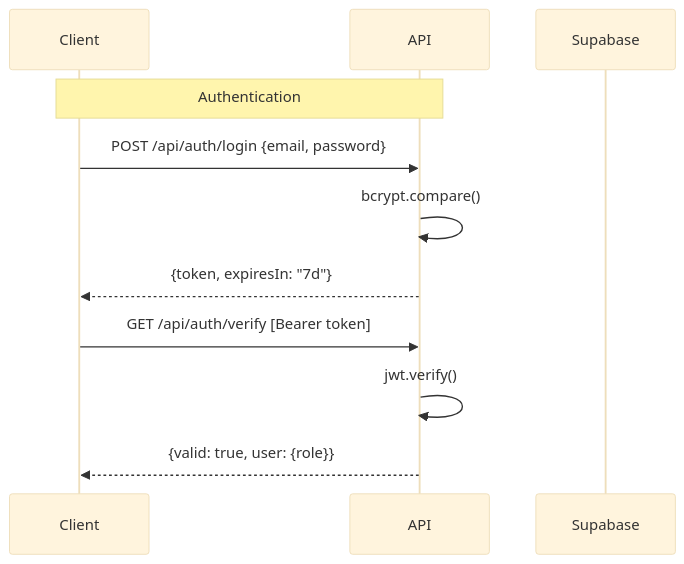
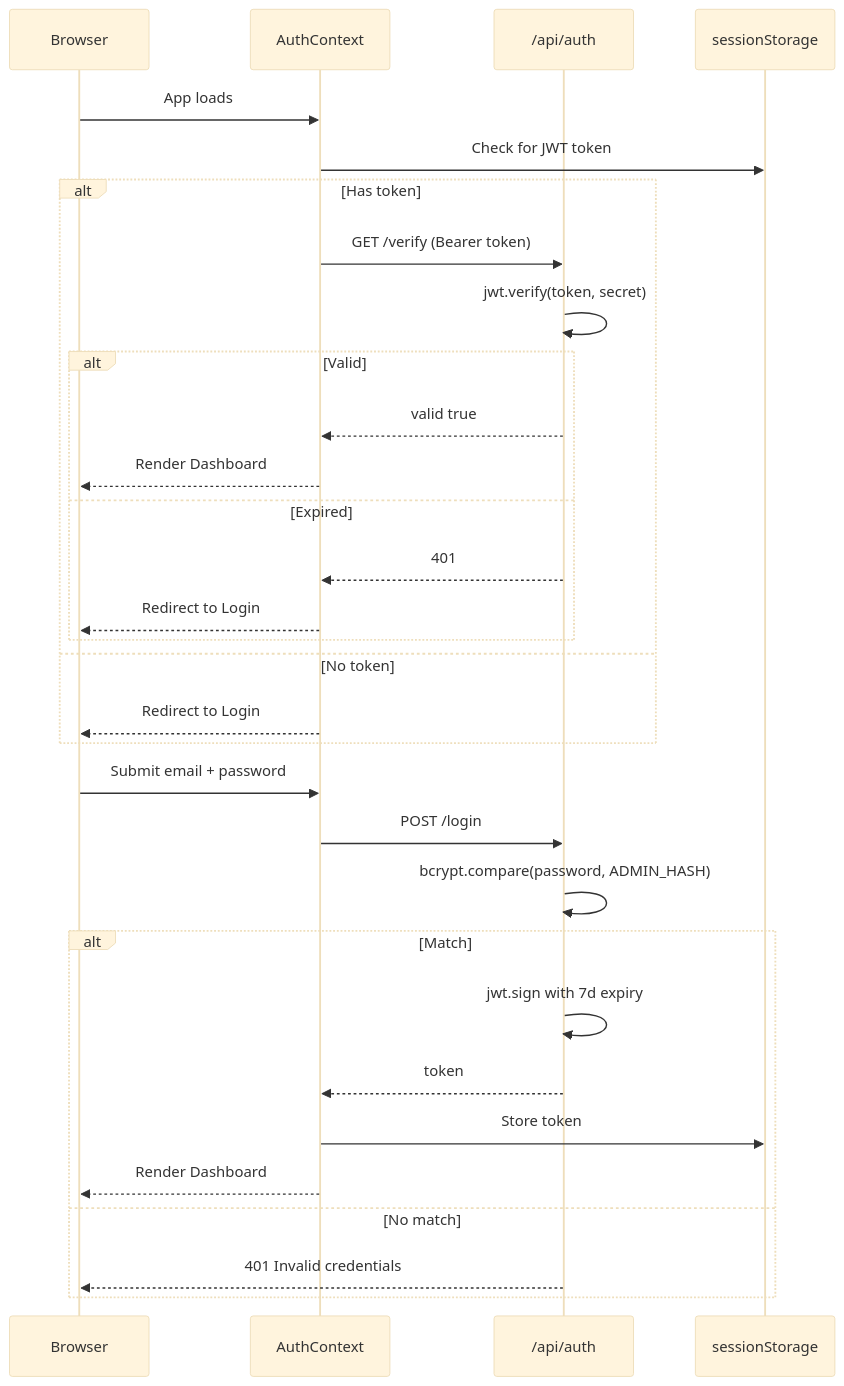
One commit to NICK-FURY-6023/printer-image-generator changed the seventh of 9 diagrams in README.md. Above: the diagram before and after it, drawn with Mermaid (base theme). The commit also changed other lines of this file, not shown here.

First line of the commit message:
Rewrite README with Mermaid diagrams and full documentation

````diff
--- a/README.md
+++ b/README.md
@@ -391,15 +376,35 @@
 ```mermaid
 sequenceDiagram
-    participant C as Client
-    participant A as API
-    participant D as Supabase
+    participant B as Browser
+    participant A as AuthContext
+    participant API as /api/auth
+    participant SS as sessionStorage
 
-    Note over C,A: Authentication
-    C->>A: POST /api/auth/login {email, password}
-    A->>A: bcrypt.compare()
-    A-->>C: {token, expiresIn: "7d"}
+    B->>A: App loads
+    A->>SS: Check for JWT token
+    alt Has token
+        A->>API: GET /verify (Bearer token)
+        API->>API: jwt.verify(token, secret)
+        alt Valid
+            API-->>A: valid true
+            A-->>B: Render Dashboard
+        else Expired
+            API-->>A: 401
+            A-->>B: Redirect to Login
+        end
+    else No token
+        A-->>B: Redirect to Login
+    end
 
-    C->>A: GET /api/auth/verify [Bearer token]
-    A->>A: jwt.verify()
-    A-->>C: {valid: true, user: {role}}
+    B->>A: Submit email + password
+    A->>API: POST /login
+    API->>API: bcrypt.compare(password, ADMIN_HASH)
+    alt Match
+        API->>API: jwt.sign with 7d expiry
+        API-->>A: token
+        A->>SS: Store token
+        A-->>B: Render Dashboard
+    else No match
+        API-->>B: 401 Invalid credentials
+    end
 ```
````
